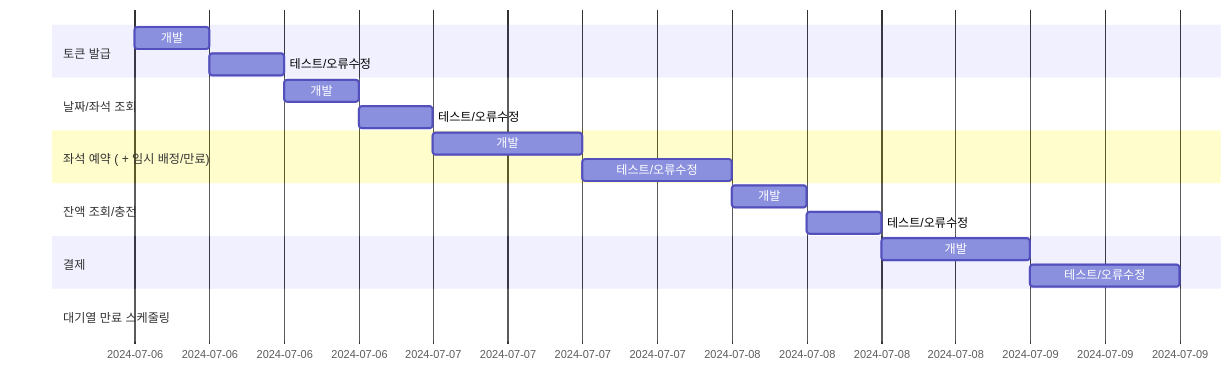
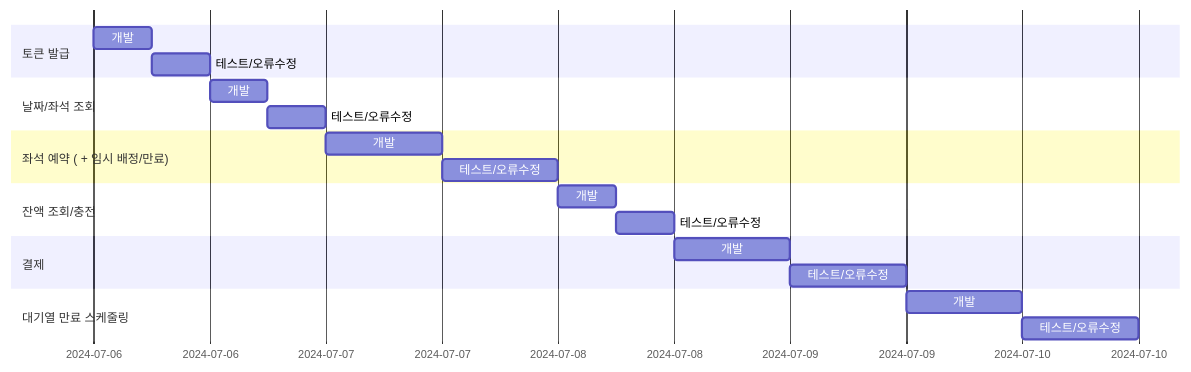
Before and after one commit to YoungWonBackendStudy/HHPlus-Concert-Reservation: diagram 11 of 13 in README.md, drawn with Mermaid. The commit also changed other lines of this file and 129 other files, not shown here.

````diff
--- a/README.md
+++ b/README.md
@@ -197,23 +266,23 @@
 ```mermaid
 gantt
 dateFormat YYYY-MM-DD
 
 Section 토큰 발급
     개발           : dev_get_tok, 2024-07-06, 6h
     테스트/오류수정 : test_get_tok, after dev_get_tok, 6h
 Section 날짜/좌석 조회
     개발           : dev_get_con, after test_get_tok, 6h
     테스트/오류수정 : test_get_con, after dev_get_con, 6h
 Section 좌석 예약 ( + 임시 배정/만료)
     개발           : dev_reserve, after test_get_con, 12h
     테스트/오류수정 : test_reserve, after dev_reserve, 12h
 Section 잔액 조회/충전
     개발           : dev_asset, after test_reserve, 6h
     테스트/오류수정 : test_asset, after dev_asset, 6h
 Section 결제
     개발           : dev_pay, after test_asset, 12h
     테스트/오류수정 : test_pay, after dev_pay, 12h
 Section 대기열 만료 스케줄링
-    개발           : dev_waiting_sch, after test_tok_val, 12h
+    개발           : dev_waiting_sch, after test_pay, 12h
     테스트/오류수정 : test_waiting_sch, after dev_waiting_sch, 12h
 ```
````
